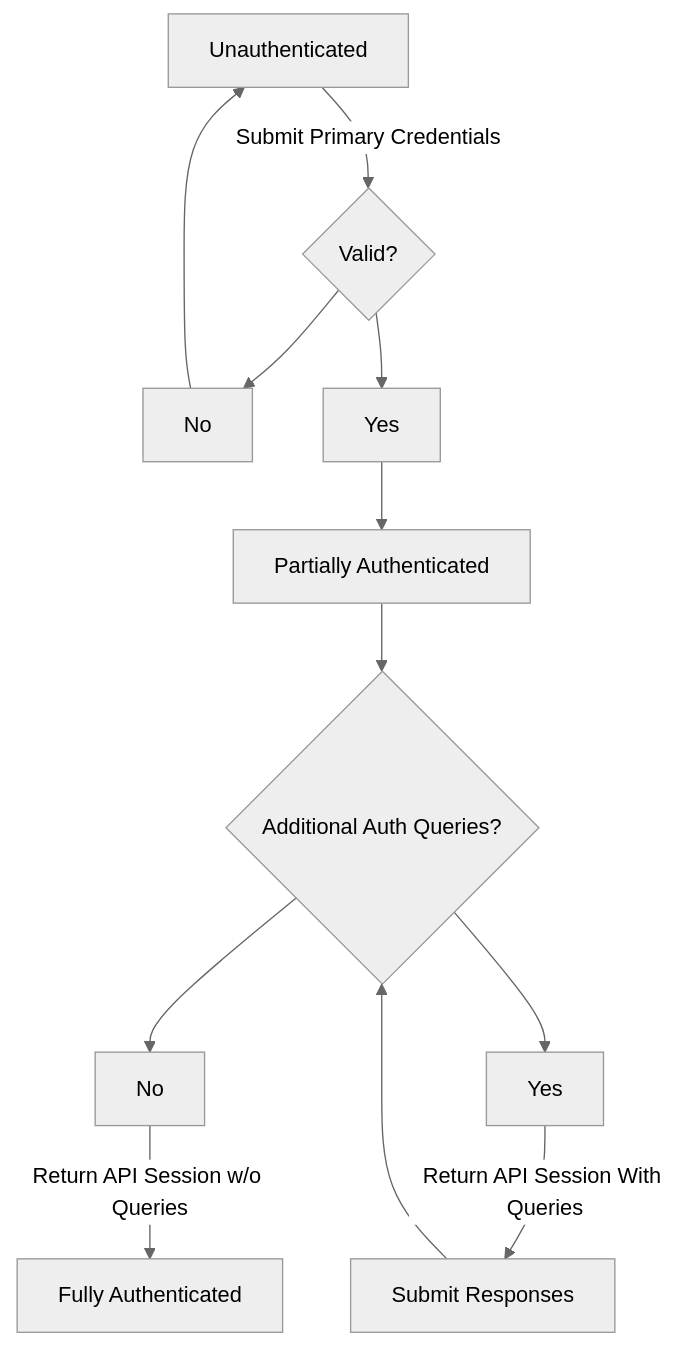
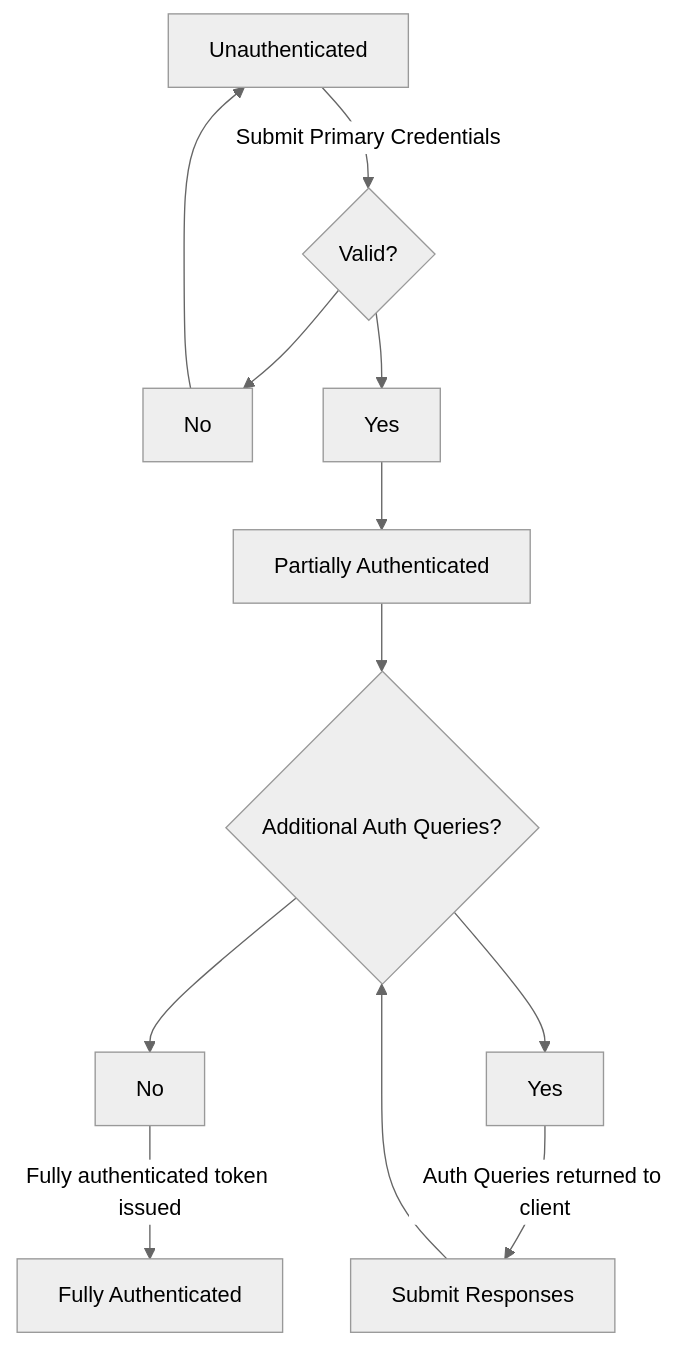
One commit to openziti/ziti-doc changed the diagram in docusaurus/docs/learn/core-concepts/security/authentication/auth.md. Above: the diagram before and after it, drawn with Mermaid (neutral theme). The commit also changed other lines of this file and 31 other files, not shown here.

````diff
--- a/docusaurus/docs/learn/core-concepts/security/authentication/auth.md
+++ b/docusaurus/docs/learn/core-concepts/security/authentication/auth.md
@@ -18,13 +24,13 @@
 ```mermaid
 graph TD
 A[Unauthenticated] -->|Submit Primary Credentials| B{Valid?}
 B --> C[No] --> A
 B --> D[Yes]
 D --> E[Partially Authenticated]
 E --> F{Additional Auth Queries?}
 F --> G[Yes]
 F --> H[No]
-H --> |Return API Session w/o Queries| Z[Fully Authenticated]
-G --> |Return API Session With Queries| I[Submit Responses]
+H --> |Fully authenticated token issued| Z[Fully Authenticated]
+G --> |Auth Queries returned to client| I[Submit Responses]
 I --> F
 ```
````
